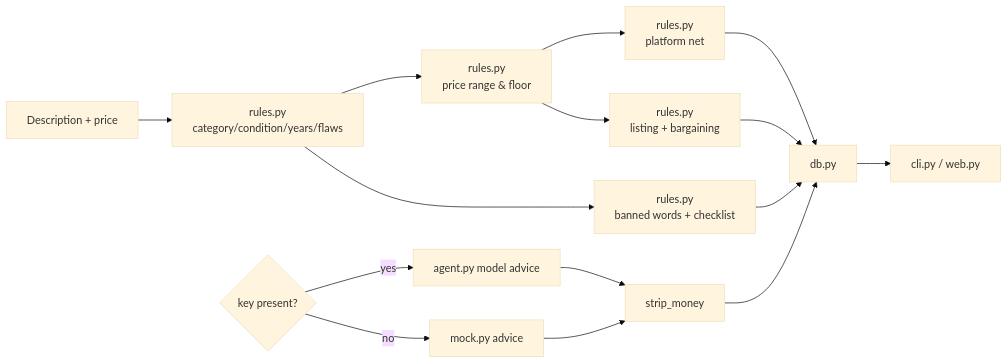
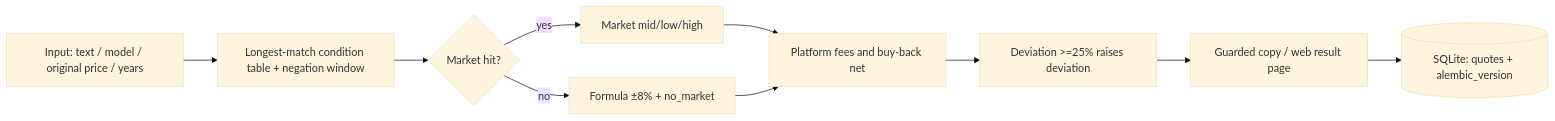
The diagram in README.en.md (wushiyi105-jpg/xianzhi), drawn with Mermaid (base theme) before and after one commit. The commit also changed other lines of this file and 67 other files, not shown here.

````diff
--- a/README.en.md
+++ b/README.en.md
@@ -181,17 +85,12 @@
 ```mermaid
 flowchart LR
-    A[Description + price] --> B[rules.py<br/>category/condition/years/flaws]
-    B --> C[rules.py<br/>price range & floor]
-    C --> D[rules.py<br/>platform net]
-    C --> E[rules.py<br/>listing + bargaining]
-    B --> F[rules.py<br/>banned words + checklist]
-    G{key present?} -->|no| H[mock.py advice]
-    G -->|yes| I[agent.py model advice]
-    I --> J[strip_money]
-    H --> J
-    D --> K[db.py]
-    E --> K
-    F --> K
-    J --> K
-    K --> L[cli.py / web.py]
+    A[Input: text / model / original price / years] --> B[Longest-match condition table + negation window]
+    B --> C{Market hit?}
+    C -- yes --> D[Market mid/low/high]
+    C -- no --> E[Formula ±8% + no_market]
+    D --> F[Platform fees and buy-back net]
+    E --> F
+    F --> G[Deviation >=25% raises deviation]
+    G --> H[Guarded copy / web result page]
+    H --> I[(SQLite: quotes + alembic_version)]
 ```
````
